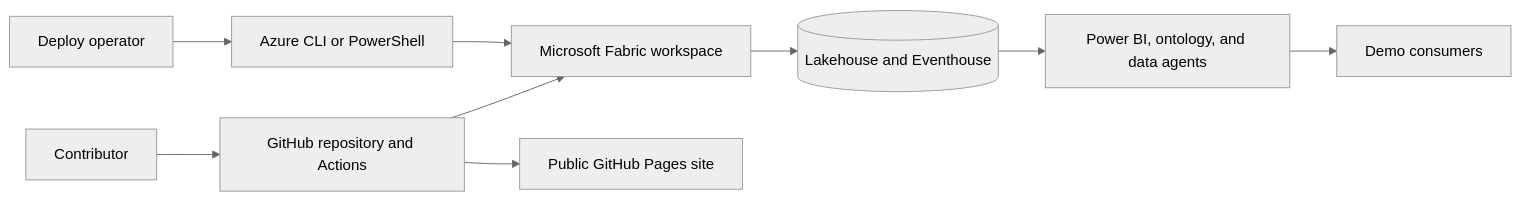
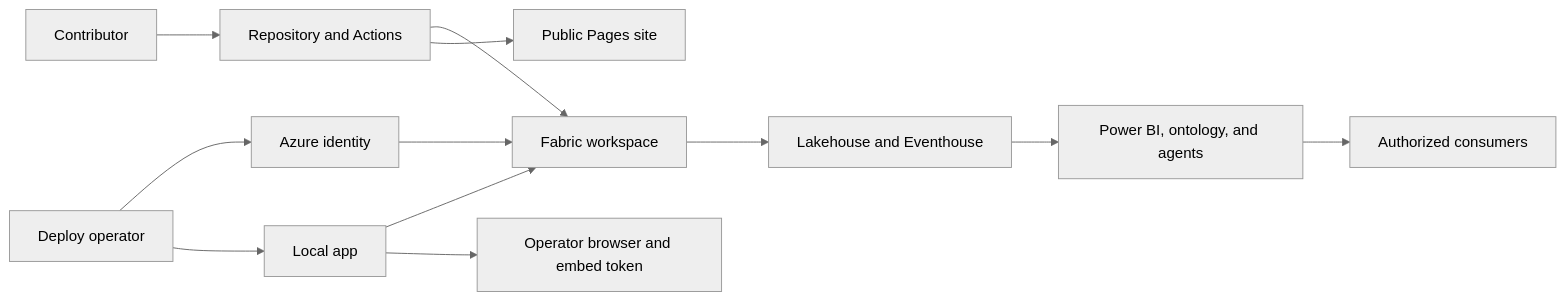
Before and after one commit to amattas/retail-demo: the diagram in docs/design/security/threat-model.md, drawn with Mermaid (neutral theme). The commit also changed other lines of this file and 349 other files, not shown here.

````diff
--- a/docs/design/security/threat-model.md
+++ b/docs/design/security/threat-model.md
@@ -29,11 +32,14 @@
 ```mermaid
 flowchart LR
-    Contributor[Contributor] --> GitHub[GitHub repository and Actions]
-    Operator[Deploy operator] --> Auth[Azure CLI or PowerShell]
-    GitHub --> Fabric[Microsoft Fabric workspace]
+    Contributor[Contributor] --> GitHub[Repository and Actions]
+    Operator[Deploy operator] --> Auth[Azure identity]
+    GitHub --> Fabric[Fabric workspace]
     Auth --> Fabric
-    Fabric --> Data[(Lakehouse and Eventhouse)]
-    Data --> BI[Power BI, ontology, and data agents]
-    BI --> Consumer[Demo consumers]
-    GitHub --> Pages[Public GitHub Pages site]
+    Fabric --> Data[Lakehouse and Eventhouse]
+    Data --> BI[Power BI, ontology, and agents]
+    BI --> Consumer[Authorized consumers]
+    Operator --> App[Local app]
+    App --> Fabric
+    App --> Browser[Operator browser and embed token]
+    GitHub --> Pages[Public Pages site]
 ```
````
